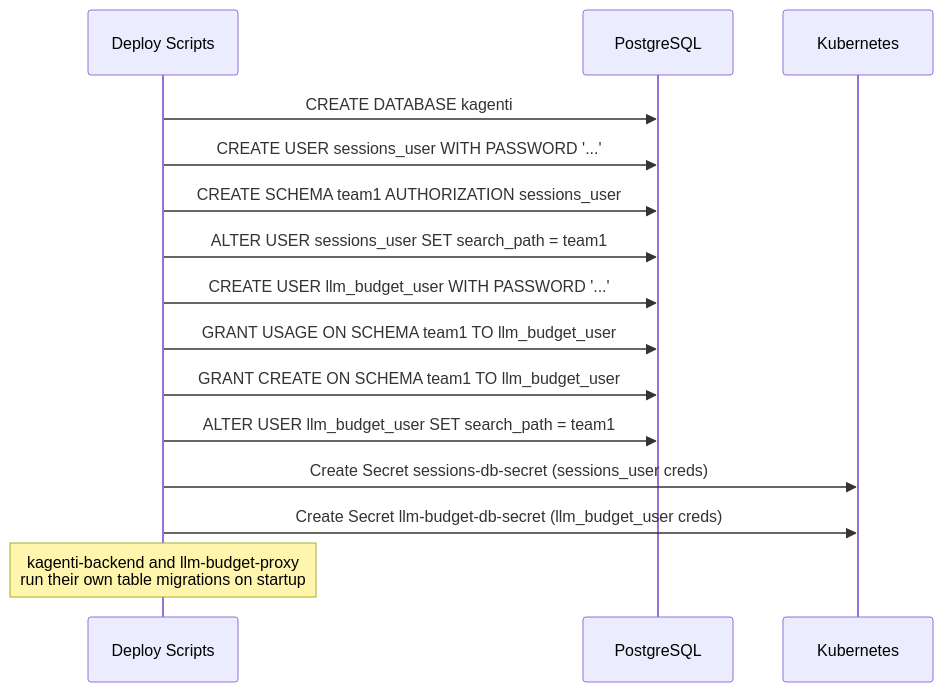
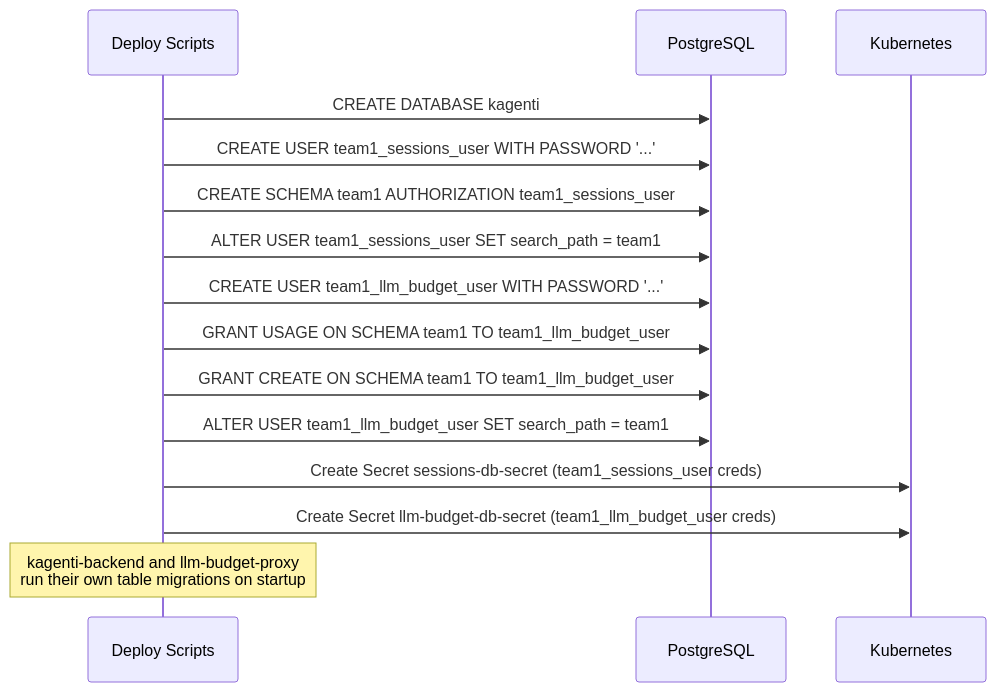
Before and after one commit to kagenti/kagenti: the third of 6 diagrams in docs/plans/2026-03-12-db-multi-tenancy-design.md, drawn with Mermaid. The commit also changed other lines of this file, not shown here.

First line of the commit message:
docs: prefix DB users/schemas with namespace for collision avoidance

````diff
--- a/docs/plans/2026-03-12-db-multi-tenancy-design.md
+++ b/docs/plans/2026-03-12-db-multi-tenancy-design.md
@@ -86,18 +86,18 @@
 ```mermaid
 sequenceDiagram
     participant Scripts as Deploy Scripts
     participant PG as PostgreSQL
     participant K8s as Kubernetes
 
     Scripts->>PG: CREATE DATABASE kagenti
-    Scripts->>PG: CREATE USER sessions_user WITH PASSWORD '...'
-    Scripts->>PG: CREATE SCHEMA team1 AUTHORIZATION sessions_user
-    Scripts->>PG: ALTER USER sessions_user SET search_path = team1
-    Scripts->>PG: CREATE USER llm_budget_user WITH PASSWORD '...'
-    Scripts->>PG: GRANT USAGE ON SCHEMA team1 TO llm_budget_user
-    Scripts->>PG: GRANT CREATE ON SCHEMA team1 TO llm_budget_user
-    Scripts->>PG: ALTER USER llm_budget_user SET search_path = team1
-    Scripts->>K8s: Create Secret sessions-db-secret (sessions_user creds)
-    Scripts->>K8s: Create Secret llm-budget-db-secret (llm_budget_user creds)
+    Scripts->>PG: CREATE USER team1_sessions_user WITH PASSWORD '...'
+    Scripts->>PG: CREATE SCHEMA team1 AUTHORIZATION team1_sessions_user
+    Scripts->>PG: ALTER USER team1_sessions_user SET search_path = team1
+    Scripts->>PG: CREATE USER team1_llm_budget_user WITH PASSWORD '...'
+    Scripts->>PG: GRANT USAGE ON SCHEMA team1 TO team1_llm_budget_user
+    Scripts->>PG: GRANT CREATE ON SCHEMA team1 TO team1_llm_budget_user
+    Scripts->>PG: ALTER USER team1_llm_budget_user SET search_path = team1
+    Scripts->>K8s: Create Secret sessions-db-secret (team1_sessions_user creds)
+    Scripts->>K8s: Create Secret llm-budget-db-secret (team1_llm_budget_user creds)
     Note over Scripts: kagenti-backend and llm-budget-proxy<br/>run their own table migrations on startup
 ```
````
